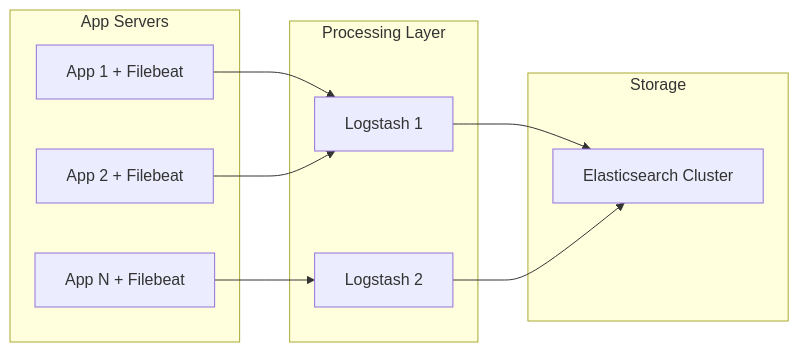
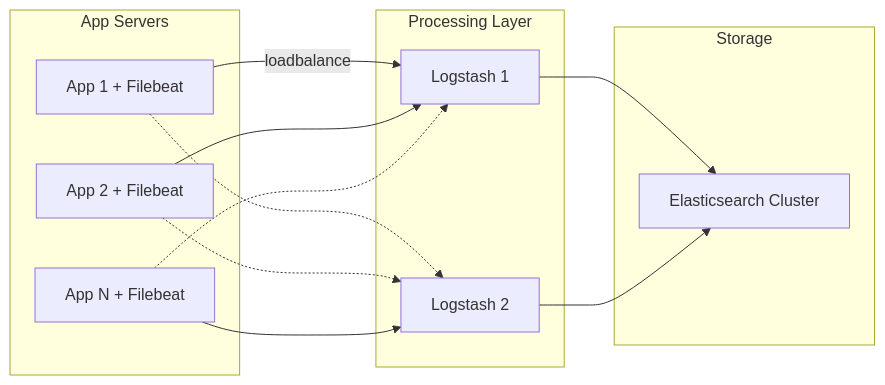
Before and after one commit to chihhung/Blog: diagram 14 of 28 in content/posts/教學/工具/ELK-Stack教學手冊.md, drawn with Mermaid. The commit also changed other lines of this file and 8 other files, not shown here.

````diff
--- a/content/posts/教學/工具/ELK-Stack教學手冊.md
+++ b/content/posts/教學/工具/ELK-Stack教學手冊.md
@@ -1648,23 +2878,26 @@
 ```mermaid
 graph LR
     subgraph "App Servers"
         A1[App 1 + Filebeat]
         A2[App 2 + Filebeat]
         A3[App N + Filebeat]
     end
-    
+
     subgraph "Processing Layer"
         LS1[Logstash 1]
         LS2[Logstash 2]
     end
-    
+
     subgraph "Storage"
         ES[Elasticsearch Cluster]
     end
-    
-    A1 --> LS1
+
+    A1 -->|"loadbalance"| LS1
+    A1 -.-> LS2
     A2 --> LS1
+    A2 -.-> LS2
     A3 --> LS2
+    A3 -.-> LS1
     LS1 --> ES
     LS2 --> ES
 ```
````
